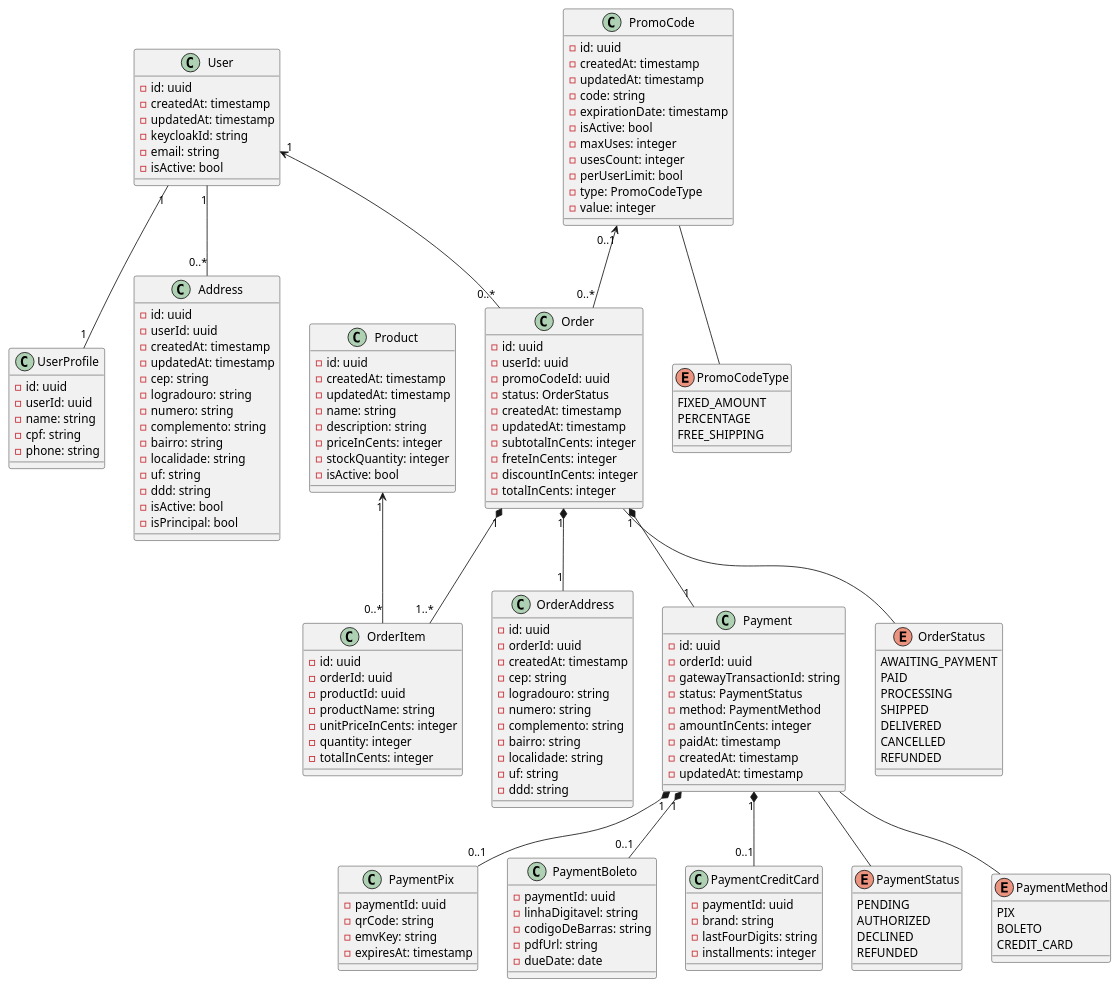
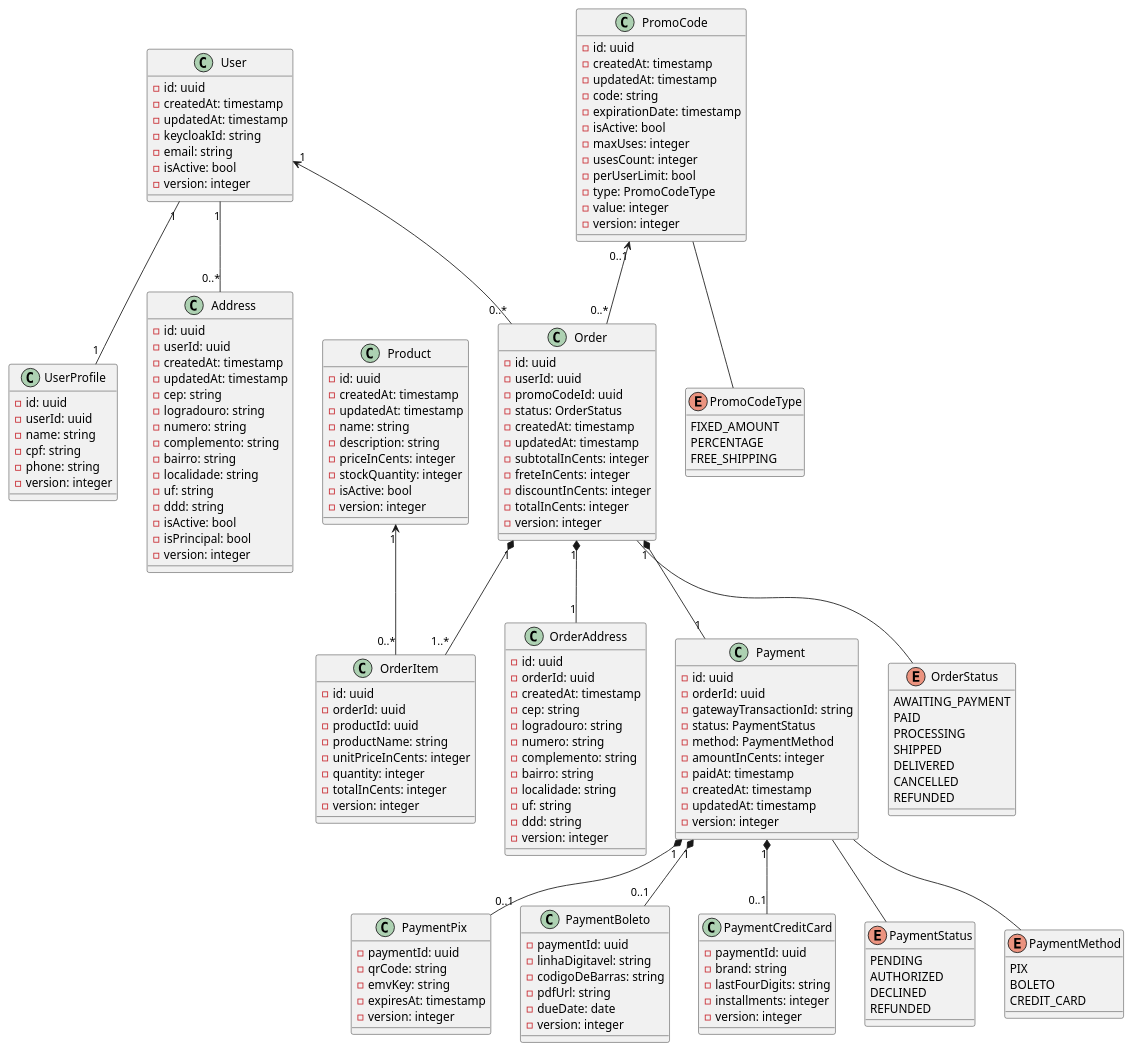
Before and after one commit to leonardo-Trex/kuasys-backend-go: the diagram in docs/ecommerce_entities.puml, drawn with PlantUML.

Commit message:
feat(docs): Refatoração de estoque

```diff
--- a/docs/ecommerce_entities.puml
+++ b/docs/ecommerce_entities.puml
@@ -17,6 +17,8 @@
 - keycloakId: string
 - email: string
 - isActive: bool
+' Controle de concorrencia
+- version: integer
 }
 
 ' Perfil estendido com dados fiscais e cadastrais do cliente.
@@ -27,6 +29,8 @@
 - name: string
 - cpf: string
 - phone: string
+' Controle de concorrencia
+- version: integer
 }
 
 ' Catálogo de endereços cadastrados na conta do cliente.
@@ -48,6 +52,8 @@
 ' Controle de múltiplos endereços por usuário:
 - isActive: bool
 - isPrincipal: bool
+' Controle de concorrencia
+- version: integer
 }
 
 ' Snapshot Imutável de Endereço do Pedido.
@@ -65,6 +71,8 @@
 - localidade: string
 - uf: string
 - ddd: string
+' Controle de concorrencia
+- version: integer
 }
 
 ' Catálogo de Produtos.
@@ -78,6 +86,8 @@
 - priceInCents: integer
 - stockQuantity: integer
 - isActive: bool
+' Controle de concorrencia
+- version: integer
 }
 
 ' Pedido fechado pelo cliente.
@@ -93,6 +103,8 @@
 - freteInCents: integer
 - discountInCents: integer
 - totalInCents: integer
+' Controle de concorrencia
+- version: integer
 }
 
 ' Item que compõe o pedido.
@@ -106,6 +118,8 @@
 - unitPriceInCents: integer
 - quantity: integer
 - totalInCents: integer
+' Controle de concorrencia
+- version: integer
 }
 
 ' Cupons promocionais com regras de uso e expiração.
@@ -122,6 +136,8 @@
 - type: PromoCodeType
 ' Se PERCENTAGE, guarda a taxa (ex: 10 para 10%). Se FIXED_AMOUNT, centavos.
 - value: integer
+' Controle de concorrencia
+- version: integer
 }
 
 ' Entidade Pai de Pagamento (Base comum para todos os meios).
@@ -136,6 +152,8 @@
 - paidAt: timestamp
 - createdAt: timestamp
 - updatedAt: timestamp
+' Controle de concorrencia
+- version: integer
 }
 
 ' Detalhes específicos de Pix (Assíncrono com expiração).
@@ -145,6 +163,8 @@
 - qrCode: string
 - emvKey: string
 - expiresAt: timestamp
+' Controle de concorrencia
+- version: integer
 }
 
 ' Detalhes específicos de Boleto Bancário (Assíncrono com compensação).
@@ -154,6 +174,8 @@
 - codigoDeBarras: string
 - pdfUrl: string
 - dueDate: date
+' Controle de concorrencia
+- version: integer
 }
 
 ' Detalhes específicos de Cartão de Crédito.
@@ -163,6 +185,8 @@
 - brand: string
 - lastFourDigits: string
 - installments: integer
+' Controle de concorrencia
+- version: integer
 }
 
 ' ===========================================================
```
